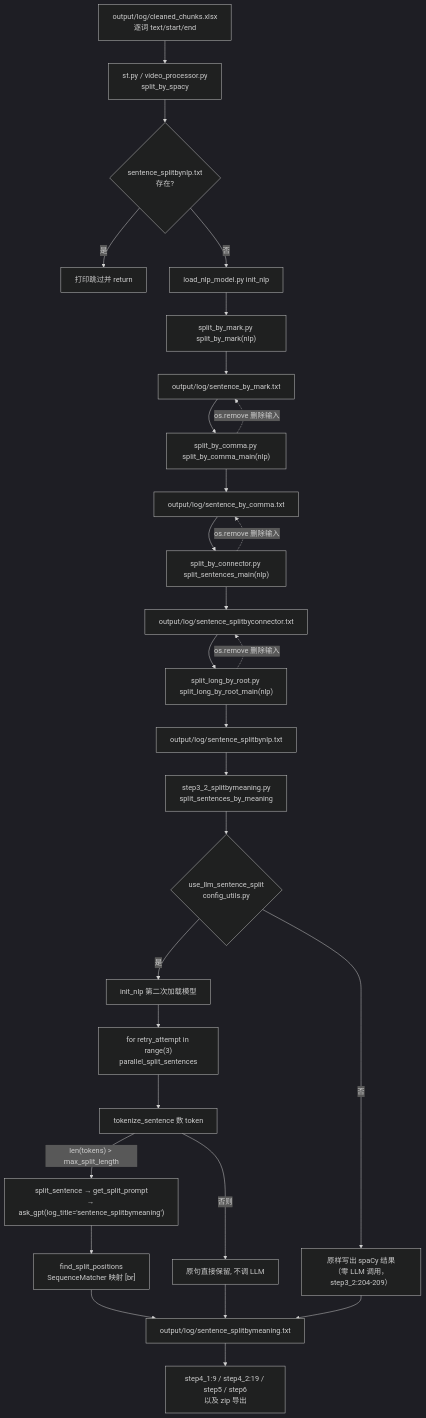
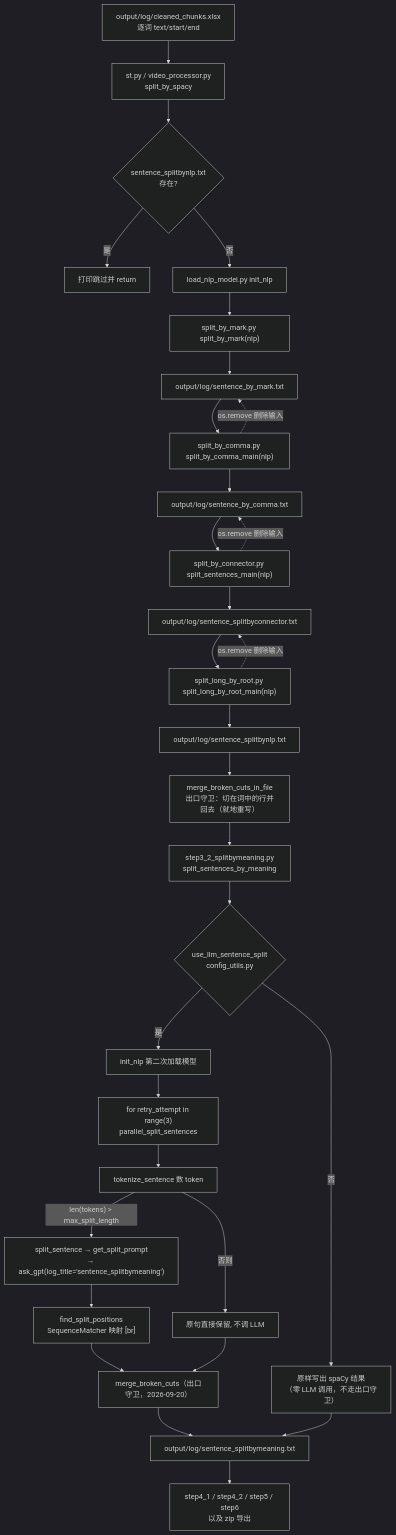
The diagram in devdocs/02-pipeline/03-句子切分NLP.md (Brzjomo/VideoLingoMove), drawn with Mermaid (dark theme) before and after one commit. The commit also changed other lines of this file and 11 other files, not shown here.

````diff
--- a/devdocs/02-pipeline/03-句子切分NLP.md
+++ b/devdocs/02-pipeline/03-句子切分NLP.md
@@ -54,31 +58,33 @@
 ```mermaid
 flowchart TD
  X["output/log/cleaned_chunks.xlsx<br/>逐词 text/start/end"] --> ENT
  ENT["st.py / video_processor.py<br/>split_by_spacy"] --> IDEM{"sentence_splitbynlp.txt<br/>存在?"}
  IDEM -- 是 --> SKIP["打印跳过并 return"]
  IDEM -- 否 --> INIT["load_nlp_model.py init_nlp"]
  INIT --> M["split_by_mark.py split_by_mark(nlp)"]
  M --> F1["output/log/sentence_by_mark.txt"]
  F1 --> C["split_by_comma.py split_by_comma_main(nlp)"]
  C -.->|"os.remove 删除输入"| F1
  C --> F2["output/log/sentence_by_comma.txt"]
  F2 --> N["split_by_connector.py split_sentences_main(nlp)"]
  N -.->|"os.remove 删除输入"| F2
  N --> F3["output/log/sentence_splitbyconnector.txt"]
  F3 --> R["split_long_by_root.py split_long_by_root_main(nlp)"]
  R -.->|"os.remove 删除输入"| F3
  R --> F4["output/log/sentence_splitbynlp.txt"]
- F4 --> SM["step3_2_splitbymeaning.py<br/>split_sentences_by_meaning"]
+ F4 --> GUARD1["merge_broken_cuts_in_file<br/>出口守卫：切在词中的行并回去（就地重写）"]
+ GUARD1 --> SM["step3_2_splitbymeaning.py<br/>split_sentences_by_meaning"]
  SM --> GATE{"use_llm_sentence_split<br/>config_utils.py"}
- GATE -- 否 --> COPY["原样写出 spaCy 结果<br/>（零 LLM 调用，step3_2:204-209）"]
+ GATE -- 否 --> COPY["原样写出 spaCy 结果<br/>（零 LLM 调用，不走出口守卫）"]
  GATE -- 是 --> INIT2["init_nlp 第二次加载模型"]
  INIT2 --> RETRY["for retry_attempt in range(3)<br/>parallel_split_sentences"]
  RETRY --> TOK["tokenize_sentence 数 token"]
  TOK -- "len(tokens) &gt; max_split_length" --> LLM["split_sentence → get_split_prompt<br/>→ ask_gpt(log_title='sentence_splitbymeaning')"]
  TOK -- "否则" --> KEEP["原句直接保留, 不调 LLM"]
  LLM --> FSP["find_split_positions<br/>SequenceMatcher 映射 [br]"]
- FSP --> OUT["output/log/sentence_splitbymeaning.txt"]
+ FSP --> OUT
  KEEP --> OUT
- COPY --> OUT
- OUT --> D["step4_1:9 / step4_2:19 / step5 / step6<br/>以及 zip 导出"]
+ OUT["merge_broken_cuts（出口守卫，2026-09-20）"] --> F5["output/log/sentence_splitbymeaning.txt"]
+ COPY --> F5
+ F5 --> D["step4_1 / step4_2 / step5 / step6<br/>以及 zip 导出"]
 ```
````
